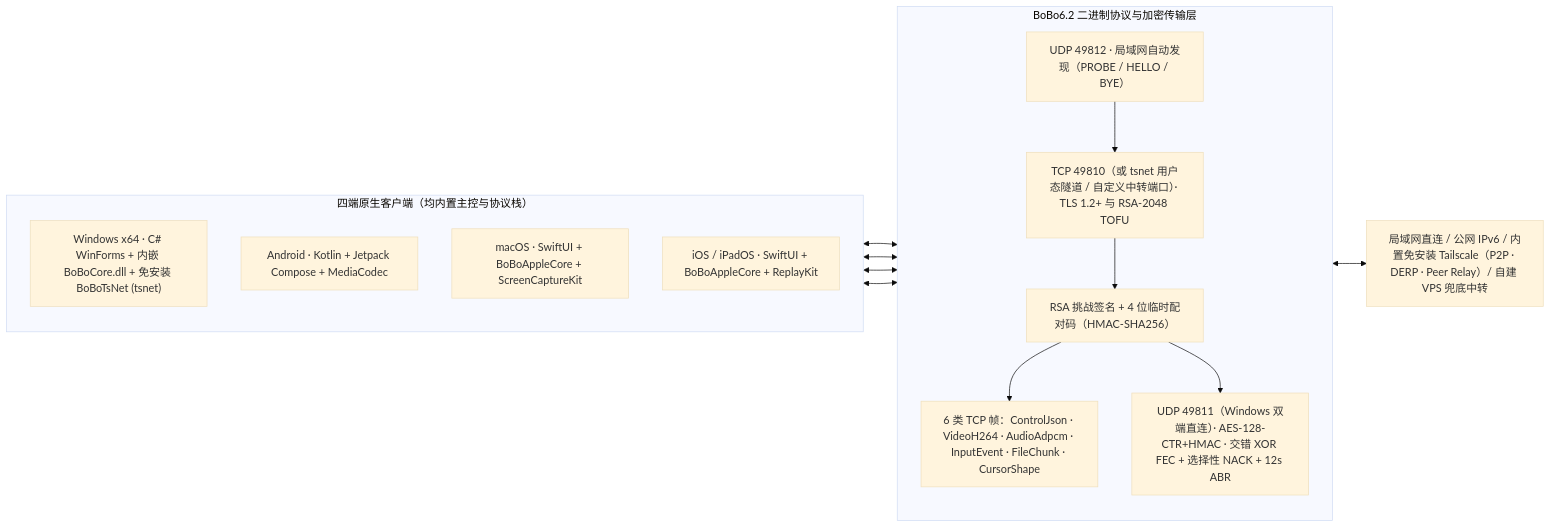
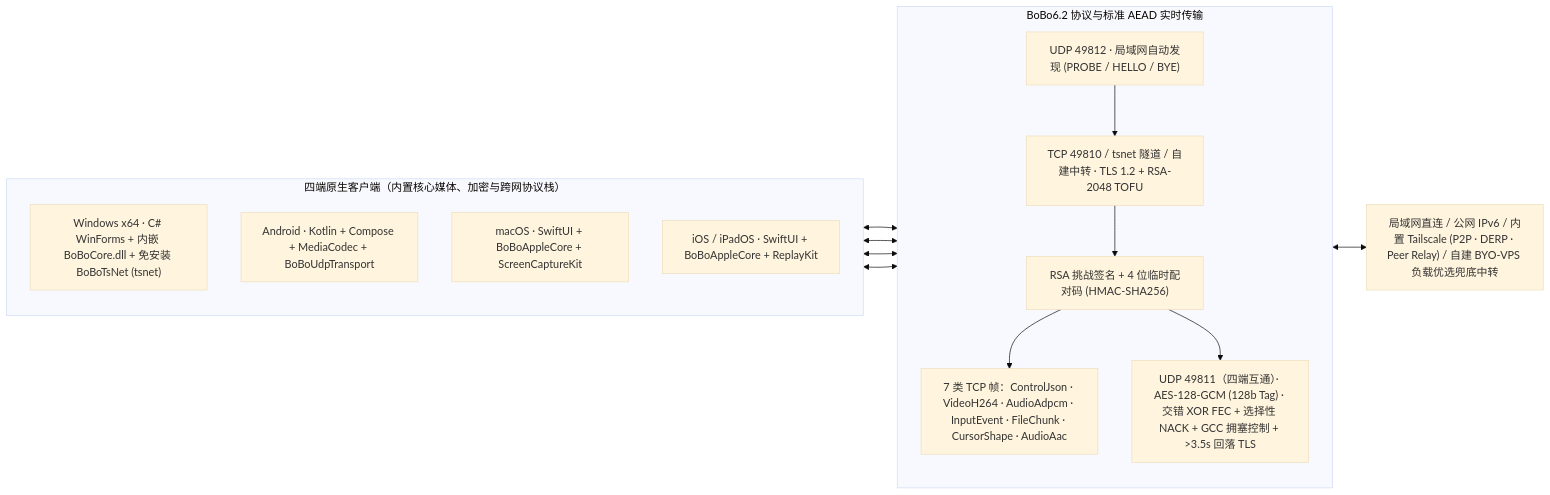
Before and after one commit to Gluxggg/BoBo-Remote: the diagram in README.md, drawn with Mermaid (base theme). The commit also changed other lines of this file and 41 other files, not shown here.

Commit message:
v7.3.0: Advance P1 (AES-128-GCM AEAD, GCC ABR, 4-platform UDP, AAC-LC), minimalist UI, and README rewrite

````diff
--- a/README.md
+++ b/README.md
@@ -124,29 +118,29 @@
 ```mermaid
 flowchart LR
-  subgraph CLIENTS["四端原生客户端（均内置主控与协议栈）"]
+  subgraph CLIENTS["四端原生客户端（内置核心媒体、加密与跨网协议栈）"]
     direction TB
     WIN["Windows x64 · C# WinForms + 内嵌 BoBoCore.dll + 免安装 BoBoTsNet (tsnet)"]
-    AND["Android · Kotlin + Jetpack Compose + MediaCodec"]
+    AND["Android · Kotlin + Compose + MediaCodec + BoBoUdpTransport"]
     MAC["macOS · SwiftUI + BoBoAppleCore + ScreenCaptureKit"]
     IOS["iOS / iPadOS · SwiftUI + BoBoAppleCore + ReplayKit"]
   end
 
-  subgraph PROTO["BoBo6.2 二进制协议与加密传输层"]
+  subgraph PROTO["BoBo6.2 协议与标准 AEAD 实时传输"]
     direction TB
-    DISC["UDP 49812 · 局域网自动发现（PROBE / HELLO / BYE）"]
-    TLS["TCP 49810（或 tsnet 用户态隧道 / 自定义中转端口）· TLS 1.2+ 与 RSA-2048 TOFU"]
-    AUTH["RSA 挑战签名 + 4 位临时配对码（HMAC-SHA256）"]
-    FRAMES["6 类 TCP 帧：ControlJson · VideoH264 · AudioAdpcm · InputEvent · FileChunk · CursorShape"]
-    UDP["UDP 49811（Windows 双端直连）· AES-128-CTR+HMAC · 交错 XOR FEC + 选择性 NACK + 12s ABR"]
+    DISC["UDP 49812 · 局域网自动发现 (PROBE / HELLO / BYE)"]
+    TLS["TCP 49810 / tsnet 隧道 / 自建中转 · TLS 1.2 + RSA-2048 TOFU"]
+    AUTH["RSA 挑战签名 + 4 位临时配对码 (HMAC-SHA256)"]
+    FRAMES["7 类 TCP 帧：ControlJson · VideoH264 · AudioAdpcm · InputEvent · FileChunk · CursorShape · AudioAac"]
+    UDP["UDP 49811（四端互通）· AES-128-GCM (128b Tag) · 交错 XOR FEC + 选择性 NACK + GCC 拥塞控制 + >3.5s 回落 TLS"]
     DISC --> TLS --> AUTH --> FRAMES
     AUTH --> UDP
   end
 
-  NET["局域网直连 / 公网 IPv6 / 内置免安装 Tailscale（P2P · DERP · Peer Relay）/ 自建 VPS 兜底中转"]
+  NET["局域网直连 / 公网 IPv6 / 内置 Tailscale (P2P · DERP · Peer Relay) / 自建 BYO-VPS 负载优选兜底中转"]
 
   WIN <--> PROTO
   AND <--> PROTO
   MAC <--> PROTO
   IOS <--> PROTO
   PROTO <--> NET
 ```
````
